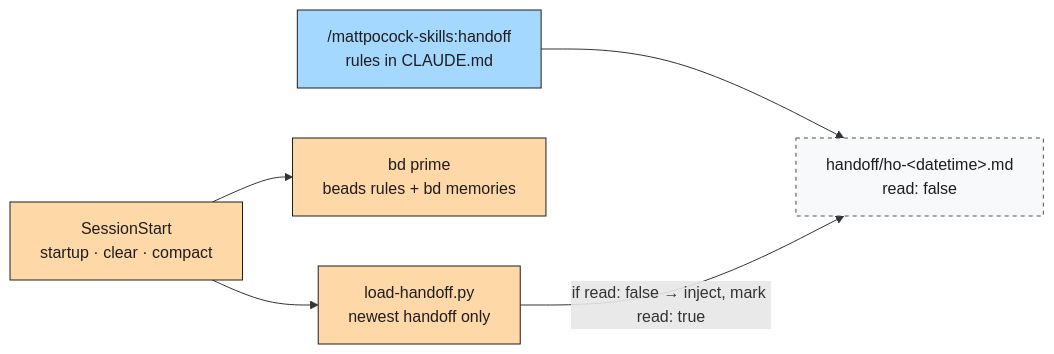
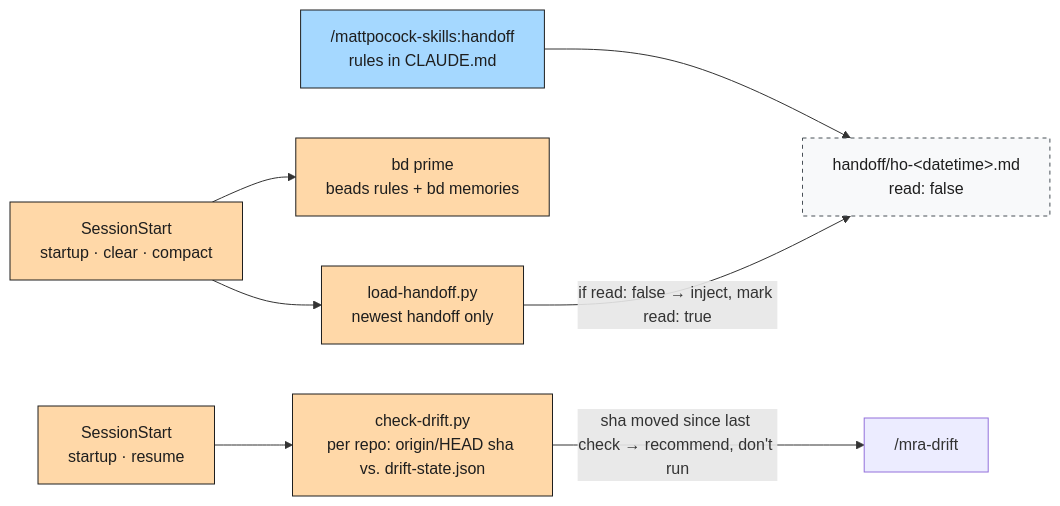
One commit to Ancora-Ancora/mra-flow changed the fifth of 5 diagrams in payload/orchestrator/.mra-flow/docs/mra-flow.md. Above: the diagram before and after it, drawn with Mermaid. The commit also changed 9 other files, not shown here.

First line of the commit message:
Add a SessionStart hook that notices new commits and recommends /mra-drift

````diff
--- a/payload/orchestrator/.mra-flow/docs/mra-flow.md
+++ b/payload/orchestrator/.mra-flow/docs/mra-flow.md
@@ -194,11 +194,13 @@
 ```mermaid
 flowchart LR
     classDef mp fill:#a5d8ff,stroke:#1e1e1e,color:#1e1e1e
     classDef hook fill:#ffd8a8,stroke:#1e1e1e,color:#1e1e1e
     classDef art fill:#f8f9fa,stroke:#495057,stroke-dasharray:4 4,color:#1e1e1e
 
     ho["/mattpocock-skills:handoff<br/>rules in CLAUDE.md"]:::mp --> hf["handoff/ho-#lt;datetime#gt;.md<br/>read: false"]:::art
     ss["SessionStart<br/>startup · clear · compact"]:::hook --> bp["bd prime<br/>beads rules + bd memories"]:::hook
     ss --> lh["load-handoff.py<br/>newest handoff only"]:::hook
     lh -- "if read: false → inject, mark read: true" --> hf
+    ss2["SessionStart<br/>startup · resume"]:::hook --> cd["check-drift.py<br/>per repo: origin/HEAD sha vs. drift-state.json"]:::hook
+    cd -- "sha moved since last check → recommend, don't run" --> dr["/mra-drift"]
 ```
````
